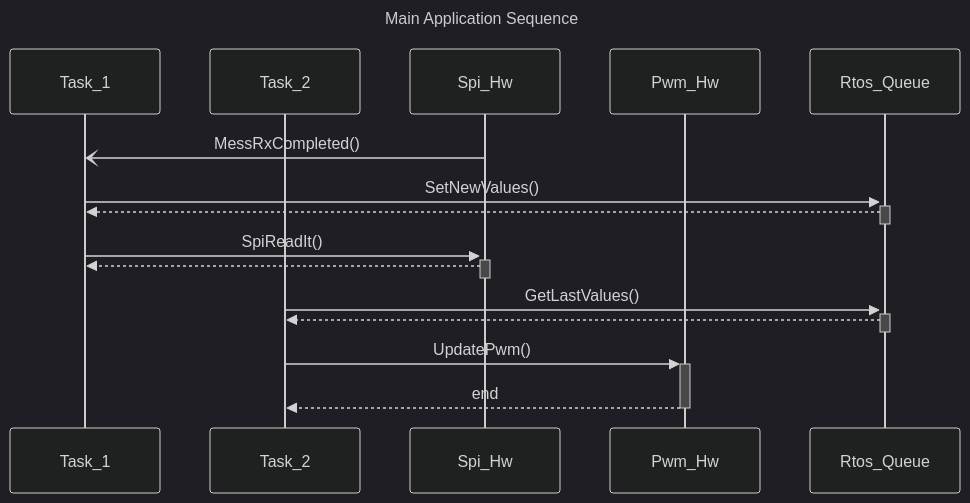
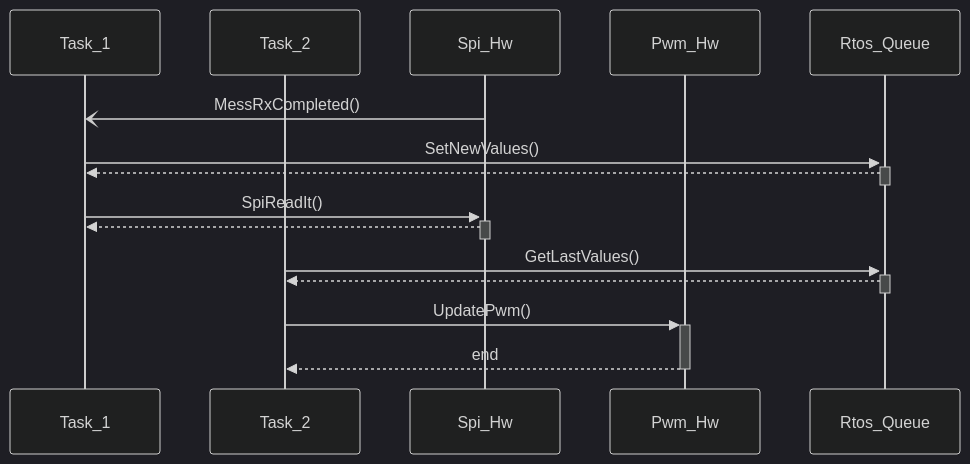
Before and after one commit to inpgbburda/FlyMatic: the second of 2 diagrams in docs/motor_control.md, drawn with Mermaid (dark theme). The commit also changed other lines of this file and 1 other file, not shown here.

Commit message:
Add automatic chanigng of diagrams coloring

````diff
--- a/docs/motor_control.md
+++ b/docs/motor_control.md
@@ -41,20 +40,17 @@
-```mermaid
-    ---
-    title: Main Application Sequence
-    ---
-    sequenceDiagram
-        participant Task_1 as Task_1
-        participant Task_2 as Task_2
-        participant Spi_Hw as Spi_Hw
-        participant Pwm_Hw as Pwm_Hw
-        participant P1 as Rtos_Queue
-        Spi_Hw -) Task_1: MessRxCompleted()
-        Task_1 ->>+ P1: SetNewValues()
-        P1 -->>- Task_1: 
-        Task_1 ->>+ Spi_Hw: SpiReadIt()
-        Spi_Hw -->>- Task_1: 
-        Task_2 ->>+ P1: GetLastValues()
-        P1 -->>- Task_2: 
-        Task_2 ->>+ Pwm_Hw: UpdatePwm()
-        Pwm_Hw -->>- Task_2: end
+``` mermaid
+sequenceDiagram
+    participant Task_1 as Task_1
+    participant Task_2 as Task_2
+    participant Spi_Hw as Spi_Hw
+    participant Pwm_Hw as Pwm_Hw
+    participant P1 as Rtos_Queue
+    Spi_Hw -) Task_1: MessRxCompleted()
+    Task_1 ->>+ P1: SetNewValues()
+    P1 -->>- Task_1: 
+    Task_1 ->>+ Spi_Hw: SpiReadIt()
+    Spi_Hw -->>- Task_1: 
+    Task_2 ->>+ P1: GetLastValues()
+    P1 -->>- Task_2: 
+    Task_2 ->>+ Pwm_Hw: UpdatePwm()
+    Pwm_Hw -->>- Task_2: end
 ```
````
